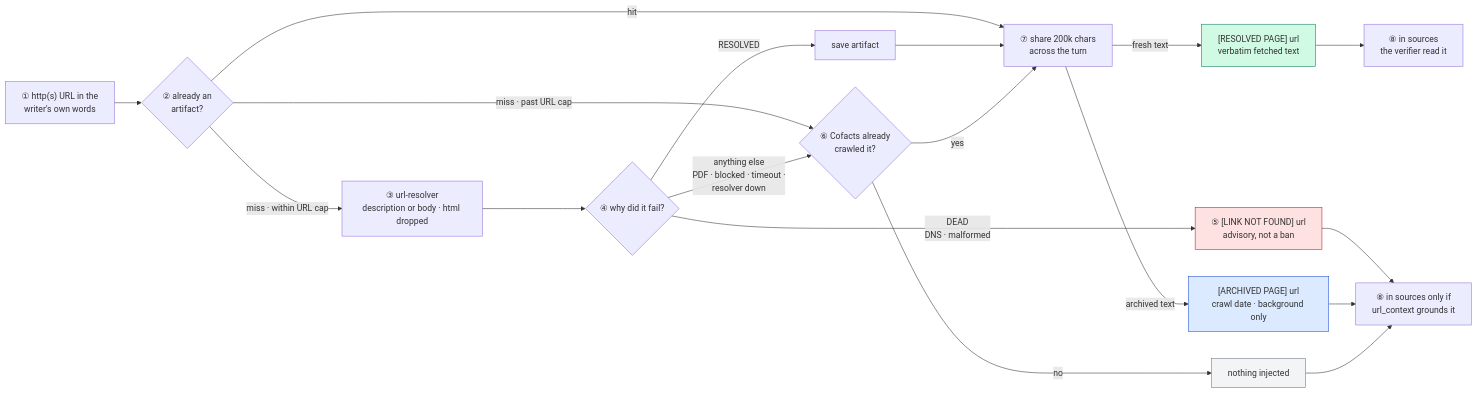
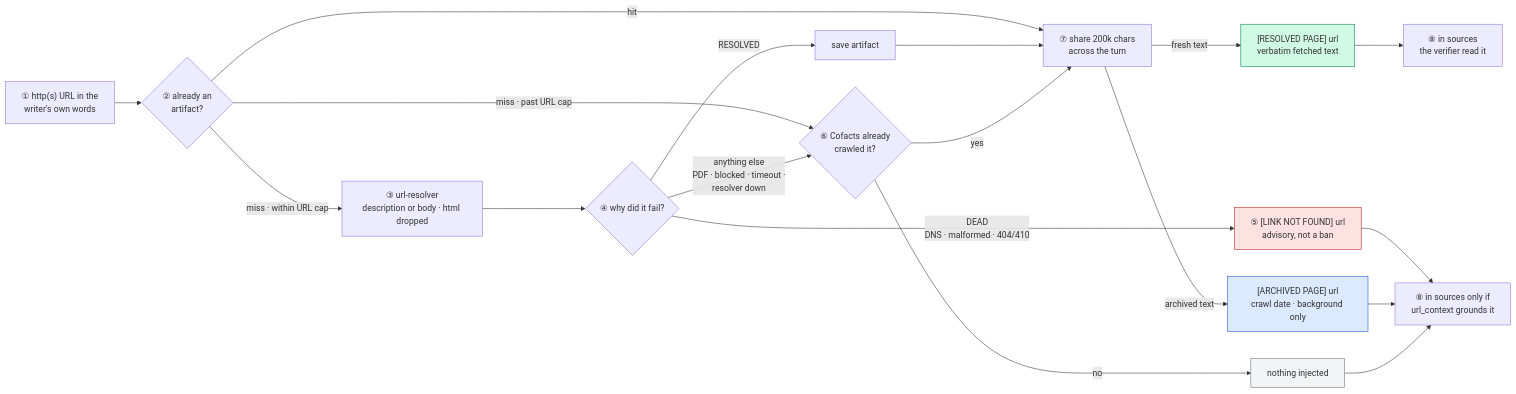
The second of 2 diagrams in docs/decisions/20260722-url-resolver-verifier-prefetch.md (cofacts/ai), drawn with Mermaid before and after one commit. The commit also changed 4 other files, not shown here.

First line of the commit message:
Say that HTTP 404/410 counts as a dead link everywhere

````diff
--- a/docs/decisions/20260722-url-resolver-verifier-prefetch.md
+++ b/docs/decisions/20260722-url-resolver-verifier-prefetch.md
@@ -147,26 +147,26 @@
 ```mermaid
 flowchart LR
     U["① http(s) URL in the<br/>writer's own words"] --> C{"② already an<br/>artifact?"}
     C -->|"miss · within URL cap"| R["③ url-resolver<br/>description or body · html dropped"]
     C -->|"miss · past URL cap"| A
     R --> S{"④ why did it fail?"}
     S -->|"RESOLVED"| SV["save artifact"]
-    S -->|"DEAD<br/>DNS · malformed"| O2["⑤ [LINK NOT FOUND] url<br/>advisory, not a ban"]
+    S -->|"DEAD<br/>DNS · malformed · 404/410"| O2["⑤ [LINK NOT FOUND] url<br/>advisory, not a ban"]
     S -->|"anything else<br/>PDF · blocked · timeout ·<br/>resolver down"| A{"⑥ Cofacts already<br/>crawled it?"}
     A -->|"no"| O4["nothing injected"]
     C -->|"hit"| B
     SV --> B["⑦ share 200k chars<br/>across the turn"]
     A -->|"yes"| B
     B -->|"fresh text"| O1["[RESOLVED PAGE] url<br/>verbatim fetched text"]
     B -->|"archived text"| O5["[ARCHIVED PAGE] url<br/>crawl date · background only"]
 
     O1 --> S1["⑧ in sources<br/>the verifier read it"]
     O2 --> S3["⑧ in sources only if<br/>url_context grounds it"]
     O5 --> S3
     O4 --> S3
 
     style O1 fill:#d1fae5,stroke:#047857
     style O2 fill:#fee2e2,stroke:#b91c1c
     style O5 fill:#dbeafe,stroke:#1d4ed8
     style O4 fill:#f3f4f6,stroke:#6b7280
 ```
````
